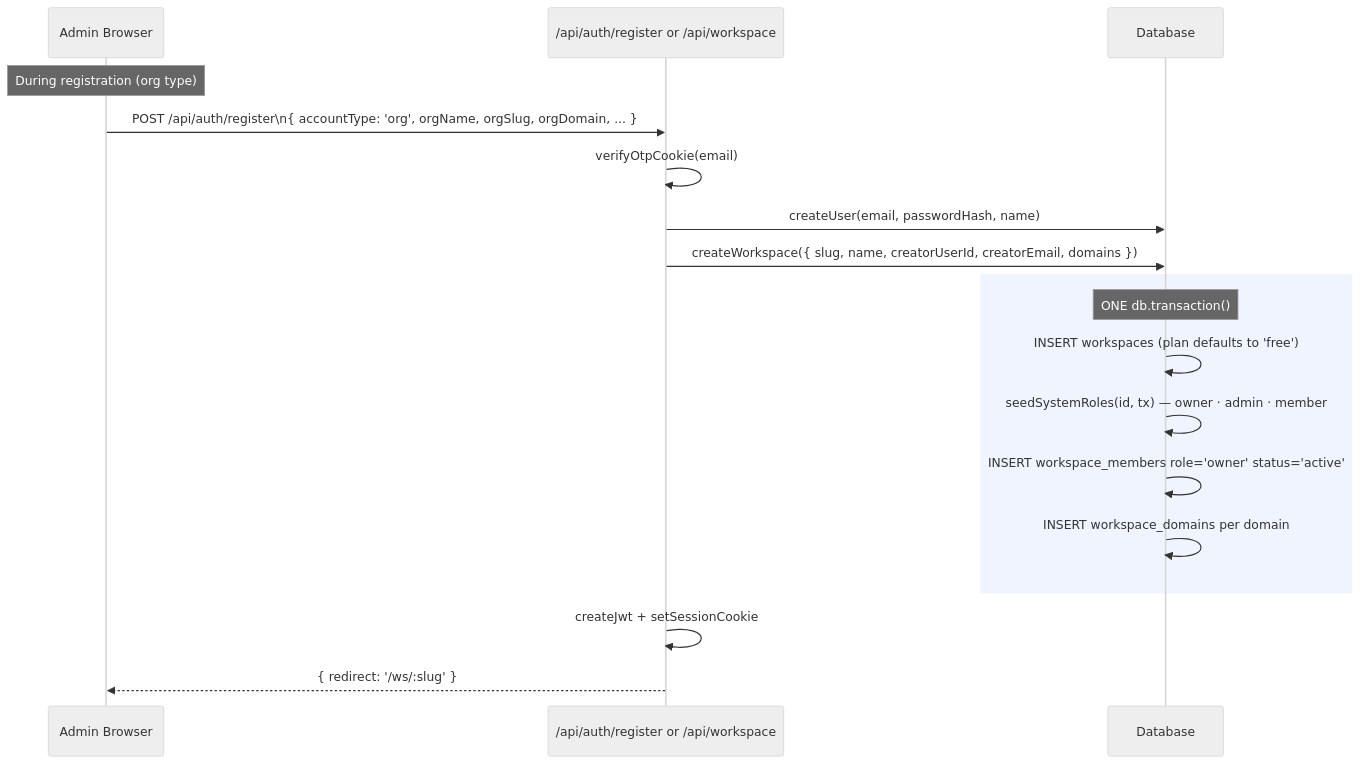
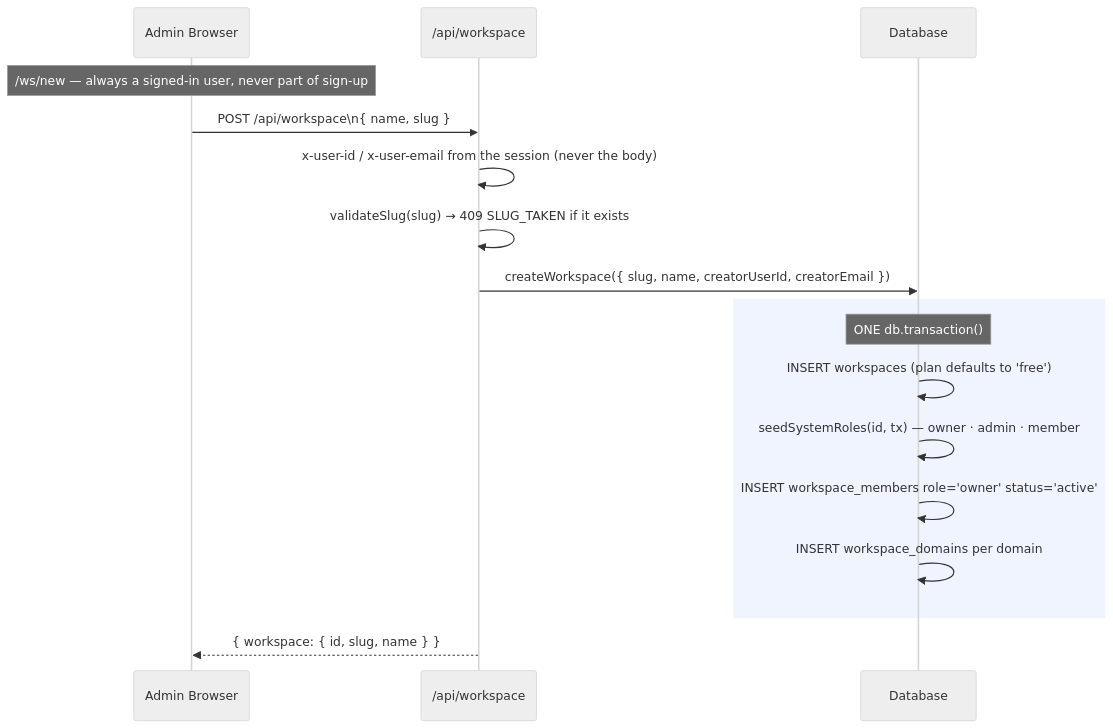
Before and after one commit to ksharma20/checkmark: the first of 8 diagrams in docs/architecture/workspace-flow.md, drawn with Mermaid (neutral theme). The commit also changed other lines of this file and 16 other files, not shown here.

````diff
--- a/docs/architecture/workspace-flow.md
+++ b/docs/architecture/workspace-flow.md
@@ -13,24 +13,23 @@
 ```mermaid
 sequenceDiagram
   participant U as Admin Browser
-  participant API as /api/auth/register or /api/workspace
+  participant API as /api/workspace
   participant DB as Database
 
-  Note over U: During registration (org type)
+  Note over U: /ws/new — always a signed-in user, never part of sign-up
 
-  U->>API: POST /api/auth/register\n{ accountType: 'org', orgName, orgSlug, orgDomain, ... }
-  API->>API: verifyOtpCookie(email)
-  API->>DB: createUser(email, passwordHash, name)
-  API->>DB: createWorkspace({ slug, name, creatorUserId, creatorEmail, domains })
+  U->>API: POST /api/workspace\n{ name, slug }
+  API->>API: x-user-id / x-user-email from the session (never the body)
+  API->>API: validateSlug(slug) → 409 SLUG_TAKEN if it exists
+  API->>DB: createWorkspace({ slug, name, creatorUserId, creatorEmail })
 
   rect rgb(240,244,255)
     Note over DB: ONE db.transaction()
     DB->>DB: INSERT workspaces (plan defaults to 'free')
     DB->>DB: seedSystemRoles(id, tx) — owner · admin · member
     DB->>DB: INSERT workspace_members role='owner' status='active'
     DB->>DB: INSERT workspace_domains per domain
   end
 
-  API->>API: createJwt + setSessionCookie
-  API-->>U: { redirect: '/ws/:slug' }
+  API-->>U: { workspace: { id, slug, name } }
 ```
````
